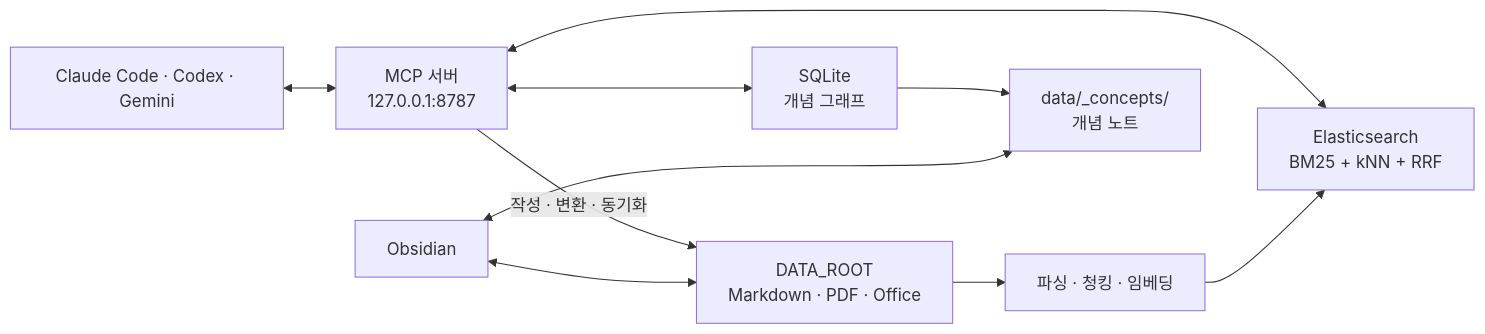
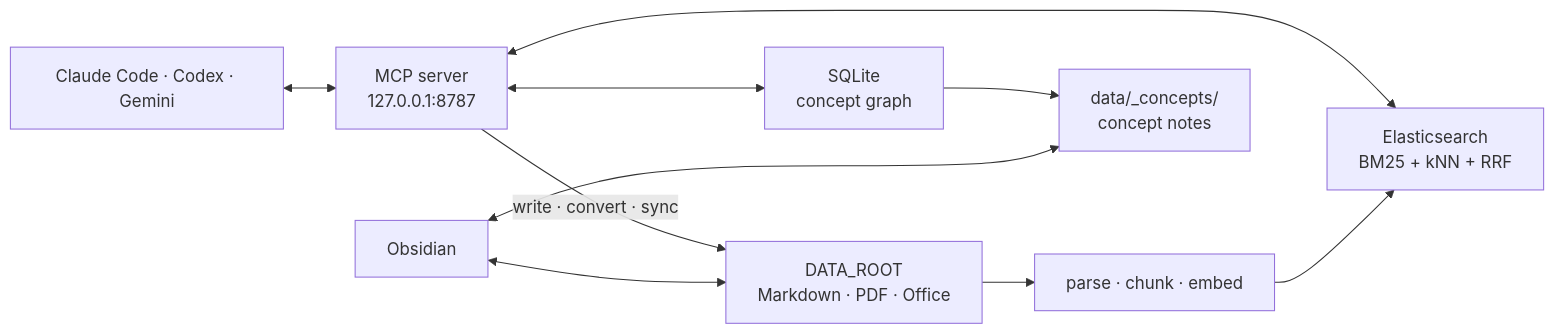
Before and after one commit to jjongkwann/personal-docs: the diagram in README.md, drawn with Mermaid. The commit also changed other lines of this file and 9 other files, not shown here.

````diff
--- a/README.md
+++ b/README.md
@@ -38,11 +40,11 @@
 ```mermaid
 flowchart LR
-    A["Claude Code · Codex · Gemini"] <--> M["MCP 서버<br/>127.0.0.1:8787"]
+    A["Claude Code · Codex · Gemini"] <--> M["MCP server<br/>127.0.0.1:8787"]
     M <--> E["Elasticsearch<br/>BM25 + kNN + RRF"]
-    M <--> G["SQLite<br/>개념 그래프"]
-    D["DATA_ROOT<br/>Markdown · PDF · Office"] --> I["파싱 · 청킹 · 임베딩"] --> E
-    M -->|작성 · 변환 · 동기화| D
-    G --> C["data/_concepts/<br/>개념 노트"]
+    M <--> G["SQLite<br/>concept graph"]
+    D["DATA_ROOT<br/>Markdown · PDF · Office"] --> I["parse · chunk · embed"] --> E
+    M -->|write · convert · sync| D
+    G --> C["data/_concepts/<br/>concept notes"]
     O["Obsidian"] <--> D
     O <--> C
 ```
````
